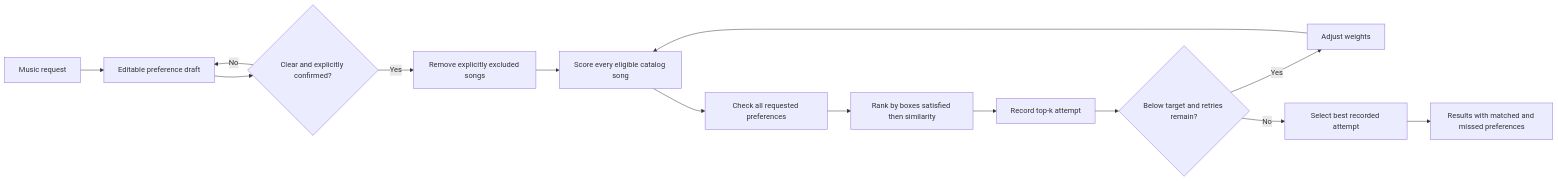
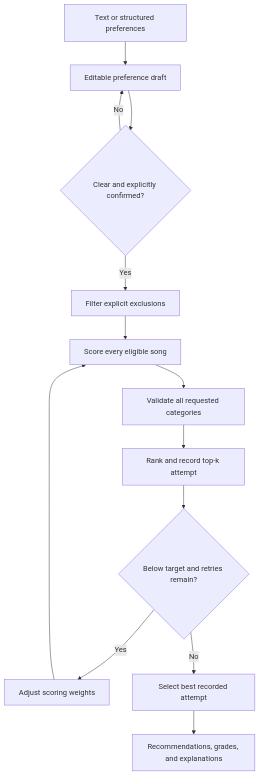
One commit to ZachR36/applied-ai-system-project changed the diagram in README.md. Above: the diagram before and after it, drawn with Mermaid. The commit also changed other lines of this file and 8 other files, not shown here.

````diff
--- a/README.md
+++ b/README.md
@@ -85,16 +64,15 @@
 ```mermaid
-flowchart LR
-    A[Music request] --> B[Editable preference draft]
-    B --> R{Clear and explicitly confirmed?}
-    R -->|No| B
-    R -->|Yes| X[Remove explicitly excluded songs]
-    X --> C[Score every eligible catalog song]
-    C --> D[Check all requested preferences]
-    D --> E[Rank by boxes satisfied then similarity]
-    E --> F[Record top-k attempt]
-    F --> G{Below target and retries remain?}
-    G -->|Yes| H[Adjust weights]
-    H --> C
-    G -->|No| I[Select best recorded attempt]
-    I --> J[Results with matched and missed preferences]
+flowchart TD
+    A[Text or structured preferences] --> B[Editable preference draft]
+    B --> C{Clear and explicitly confirmed?}
+    C -->|No| B
+    C -->|Yes| D[Filter explicit exclusions]
+    D --> E[Score every eligible song]
+    E --> F[Validate all requested categories]
+    F --> G[Rank and record top-k attempt]
+    G --> H{Below target and retries remain?}
+    H -->|Yes| I[Adjust scoring weights]
+    I --> E
+    H -->|No| J[Select best recorded attempt]
+    J --> K[Recommendations, grades, and explanations]
 ```
````
